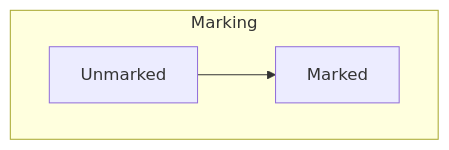
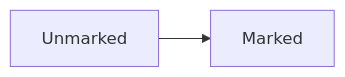
The third of 7 diagrams in talk-general.md (yminsky/the-saga-of-runtime5), drawn with Mermaid before and after one commit. The commit also changed other lines of this file and 7 other files, not shown here.

Commit message:
Added heap-marking diagram

````diff
--- a/talk-general.md
+++ b/talk-general.md
@@ -128,6 +110,4 @@
-```mermaid +render +width:100%
-graph TB
-   subgraph "Marking"
-      Unmarked --> Marked
-   end
+```mermaid +render +width:40%
+graph LR
+Unmarked --> Marked
 ```
````
